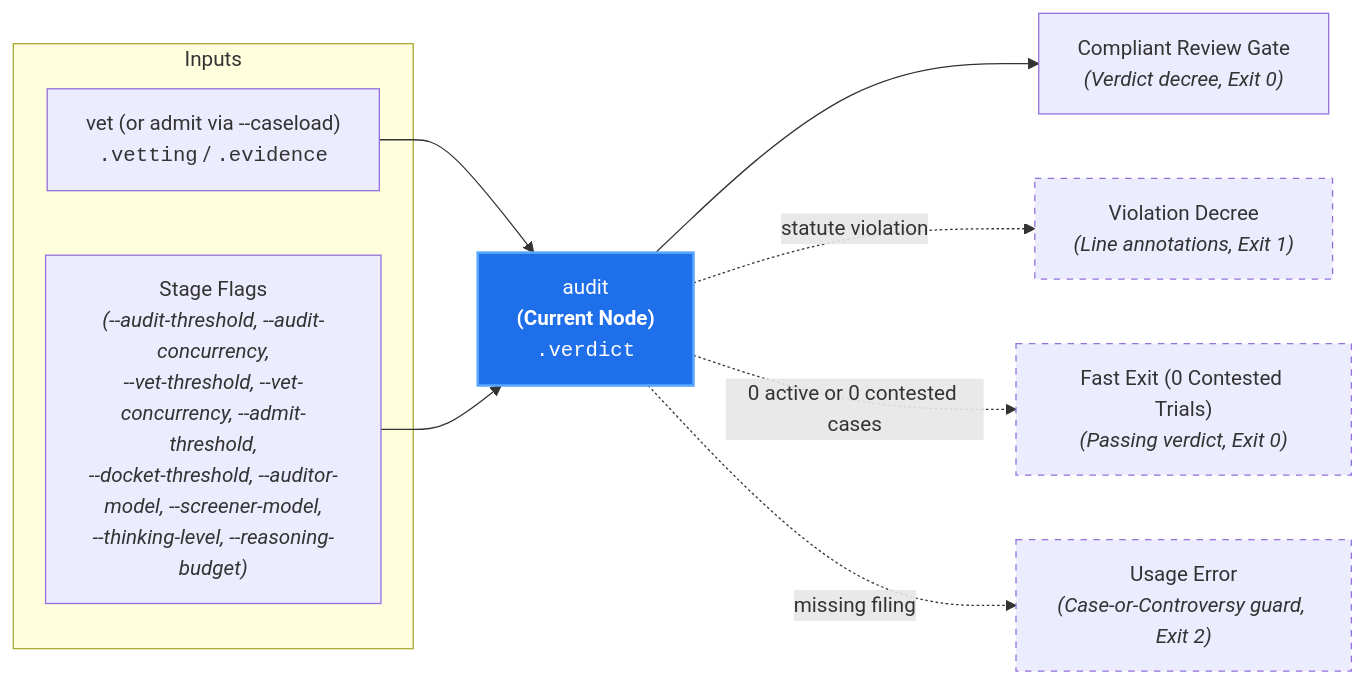
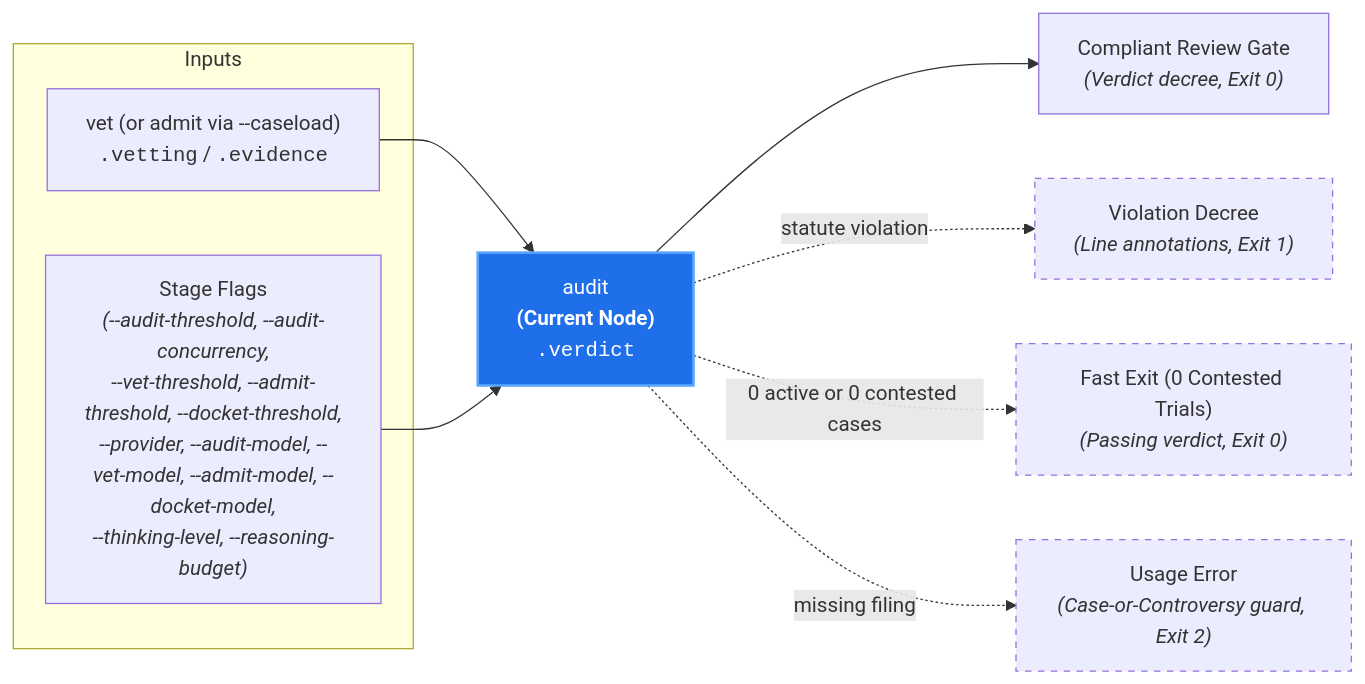
One commit to PAIR-code/canon-clerk changed the diagram in docs/architecture/nodes/audit.md. Above: the diagram before and after it, drawn with Mermaid. The commit also changed other lines of this file and 82 other files, not shown here.

First line of the commit message:
feat(configuration,core,cli)!: replace screener/auditor tiers with provider- and node-cascaded model configuration (#336) (#337)

````diff
--- a/docs/architecture/nodes/audit.md
+++ b/docs/architecture/nodes/audit.md
@@ -22,20 +22,20 @@
 ```mermaid
 flowchart LR
     subgraph Inputs["Inputs"]
         Vet["vet (or admit via --caseload)<br/><code>.vetting</code> / <code>.evidence</code>"]
-        Params["Stage Flags<br/><i>(--audit-threshold, --audit-concurrency,<br/>--vet-threshold, --vet-concurrency, --admit-threshold,<br/>--docket-threshold, --auditor-model, --screener-model,<br/>--thinking-level, --reasoning-budget)</i>"]
+        Params["Stage Flags<br/><i>(--audit-threshold, --audit-concurrency,<br/>--vet-threshold, --admit-threshold, --docket-threshold,<br/>--provider, --audit-model, --vet-model, --admit-model, --docket-model,<br/>--thinking-level, --reasoning-budget)</i>"]
     end
 
     Vet --> Audit["audit<br/><b>(Current Node)</b><br/><code>.verdict</code>"]
     Params --> Audit
 
     Audit --> Compliant["Compliant Review Gate<br/><i>(Verdict decree, Exit 0)</i>"]
     Audit -. "statute violation" .-> Violation["Violation Decree<br/><i>(Line annotations, Exit 1)</i>"]
     Audit -. "0 active or 0 contested cases" .-> ZeroTrials["Fast Exit (0 Contested Trials)<br/><i>(Passing verdict, Exit 0)</i>"]
     Audit -. "missing filing" .-> UsageError["Usage Error<br/><i>(Case-or-Controversy guard, Exit 2)</i>"]
 
     style Audit fill:#1f6feb,stroke:#58a6ff,stroke-width:2px,color:#fff
     style Violation stroke-dasharray: 5 5
     style ZeroTrials stroke-dasharray: 5 5
     style UsageError stroke-dasharray: 5 5
 ```
````
